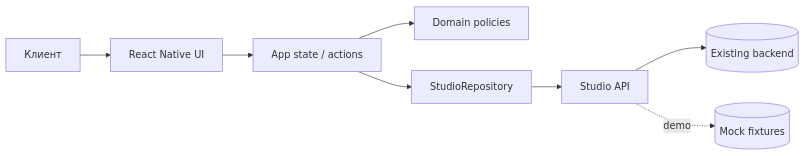
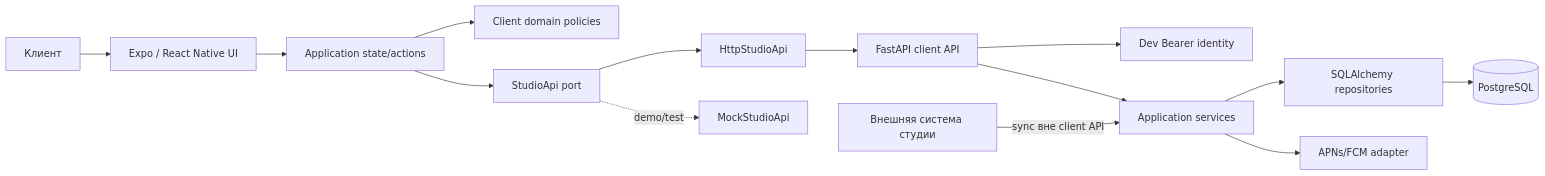
The diagram in docs/02-design/architecture.md (Dockstage/chef-table-app), drawn with Mermaid before and after one commit. The commit also changed other lines of this file and 11 other files, not shown here.

````diff
--- a/docs/02-design/architecture.md
+++ b/docs/02-design/architecture.md
@@ -7,10 +9,16 @@
 ```mermaid
 flowchart LR
-    U[Клиент] --> UI[React Native UI]
-    UI --> VM[App state / actions]
-    VM --> P[Domain policies]
-    VM --> R[StudioRepository]
-    R --> API[Studio API]
-    API --> B[(Existing backend)]
-    API -. demo .-> M[(Mock fixtures)]
+    U[Клиент] --> UI[Expo / React Native UI]
+    UI --> APP[Application state/actions]
+    APP --> DOMAIN[Client domain policies]
+    APP --> PORT[StudioApi port]
+    PORT --> HTTP[HttpStudioApi]
+    PORT -. demo/test .-> MOCK[MockStudioApi]
+    HTTP --> API[FastAPI client API]
+    API --> AUTH[Dev Bearer identity]
+    API --> SERVICE[Application services]
+    SERVICE --> REPO[SQLAlchemy repositories]
+    REPO --> DB[(PostgreSQL)]
+    EXT[Внешняя система студии] -->|sync вне client API| SERVICE
+    SERVICE --> PUSH[APNs/FCM adapter]
 ```
````
